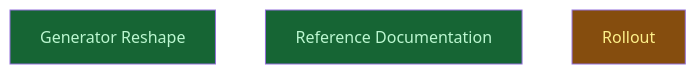
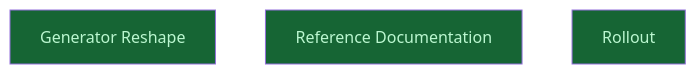
The diagram in __roadmap__/agent_plugin_nest/generator/README.md (CrackingShells/cracking-shells-playbook), drawn with Mermaid before and after one commit. The commit also changed other lines of this file and 5 other files, not shown here.

First line of the commit message:
chore(roadmap): close agent_plugin_nest — Nest serves the five plugins

````diff
--- a/__roadmap__/agent_plugin_nest/generator/README.md
+++ b/__roadmap__/agent_plugin_nest/generator/README.md
@@ -23,11 +23,11 @@
 ```mermaid
 graph TD
     generator_reshape[Generator Reshape]:::done
     reference_docs[Reference Documentation]:::done
-    rollout[Rollout]:::inprogress
+    rollout[Rollout]:::done
     classDef done       fill:#166534,color:#bbf7d0
     classDef inprogress fill:#854d0e,color:#fef08a
     classDef planned    fill:#374151,color:#e5e7eb
     classDef amendment  fill:#1e3a5f,color:#bfdbfe
     classDef blocked    fill:#7f1d1d,color:#fecaca
 ```
````
